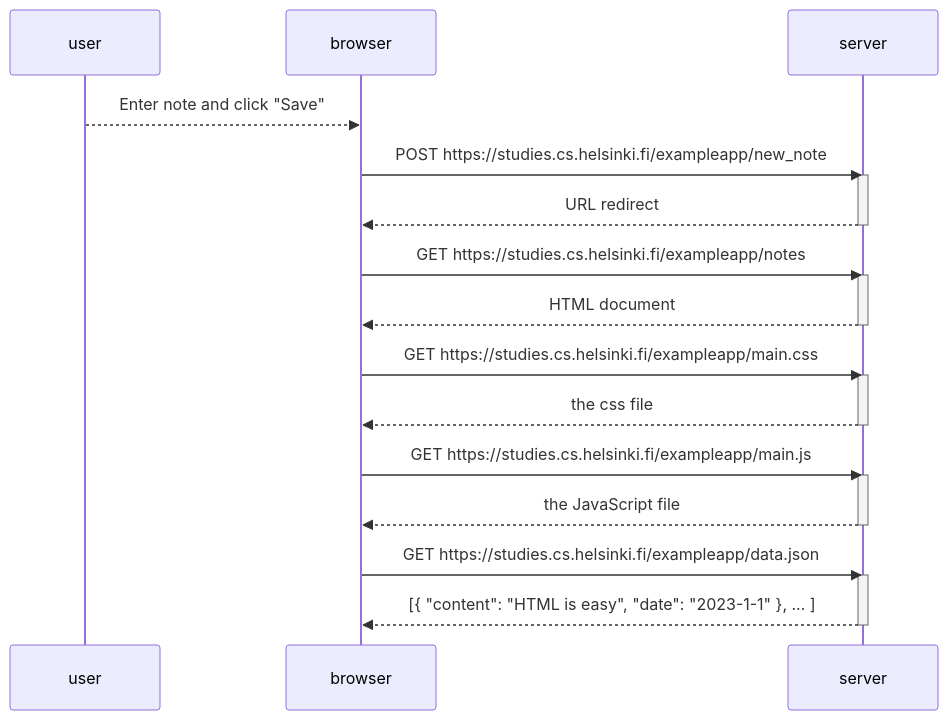
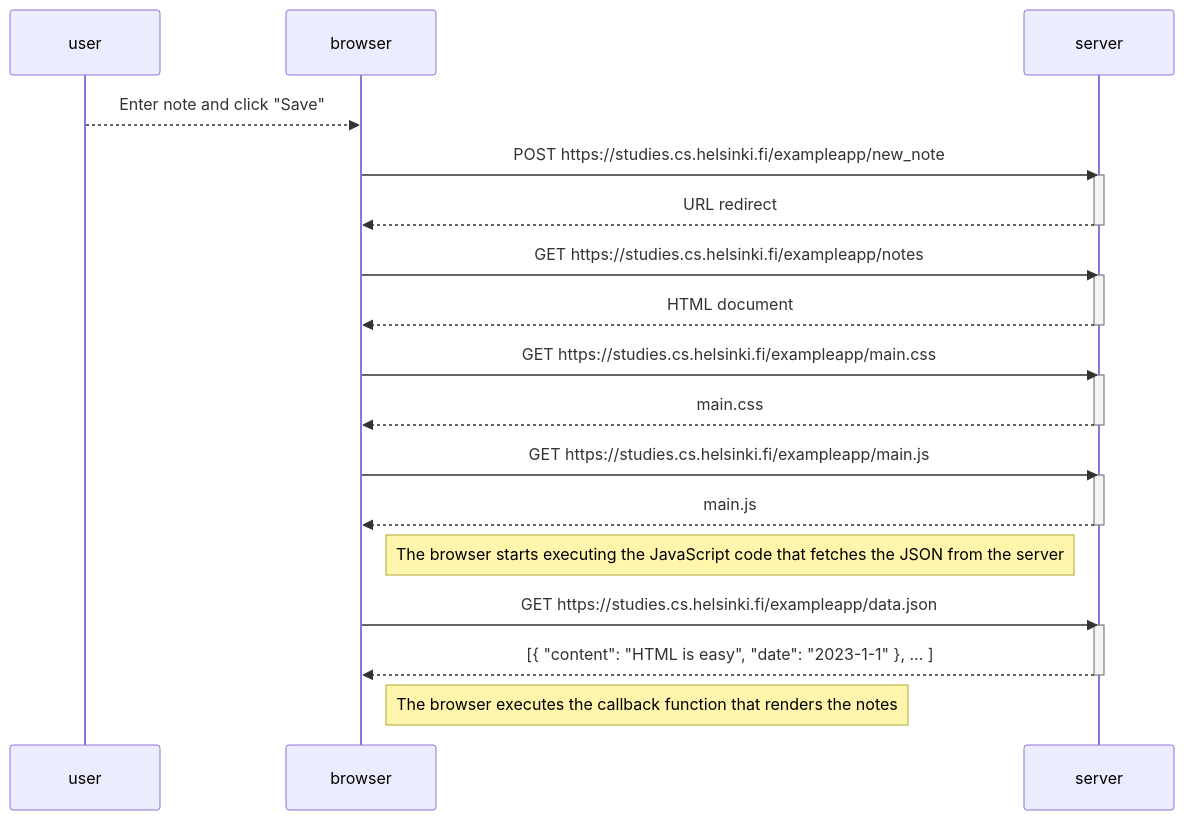
Before and after one commit to Naynawa/Full-Stack-Open: the diagram in part0/create_a_new_note.mmd, drawn with Mermaid.

```diff
--- a/part0/create_a_new_note.mmd
+++ b/part0/create_a_new_note.mmd
@@ -1,31 +1,34 @@
 sequenceDiagram
 
     participant user
     participant browser
     participant server
 
     user-->>browser: Enter note and click "Save"
     browser->>server: POST https://studies.cs.helsinki.fi/exampleapp/new_note
     activate server
     server-->>browser: URL redirect 
     deactivate server
 
     browser->>server: GET https://studies.cs.helsinki.fi/exampleapp/notes
     activate server
     server-->>browser: HTML document
     deactivate server
 
     browser->>server: GET https://studies.cs.helsinki.fi/exampleapp/main.css
     activate server
-    server-->>browser: the css file
+    server-->>browser: main.css
     deactivate server
 
     browser->>server: GET https://studies.cs.helsinki.fi/exampleapp/main.js
     activate server
-    server-->>browser: the JavaScript file
+    server-->>browser: main.js
     deactivate server
+    Note right of browser: The browser starts executing the JavaScript code that fetches the JSON from the server
 
     browser->>server: GET https://studies.cs.helsinki.fi/exampleapp/data.json
     activate server
     server-->>browser: [{ "content": "HTML is easy", "date": "2023-1-1" }, ... ]
     deactivate server
+
+    Note right of browser: The browser executes the callback function that renders the notes
```
